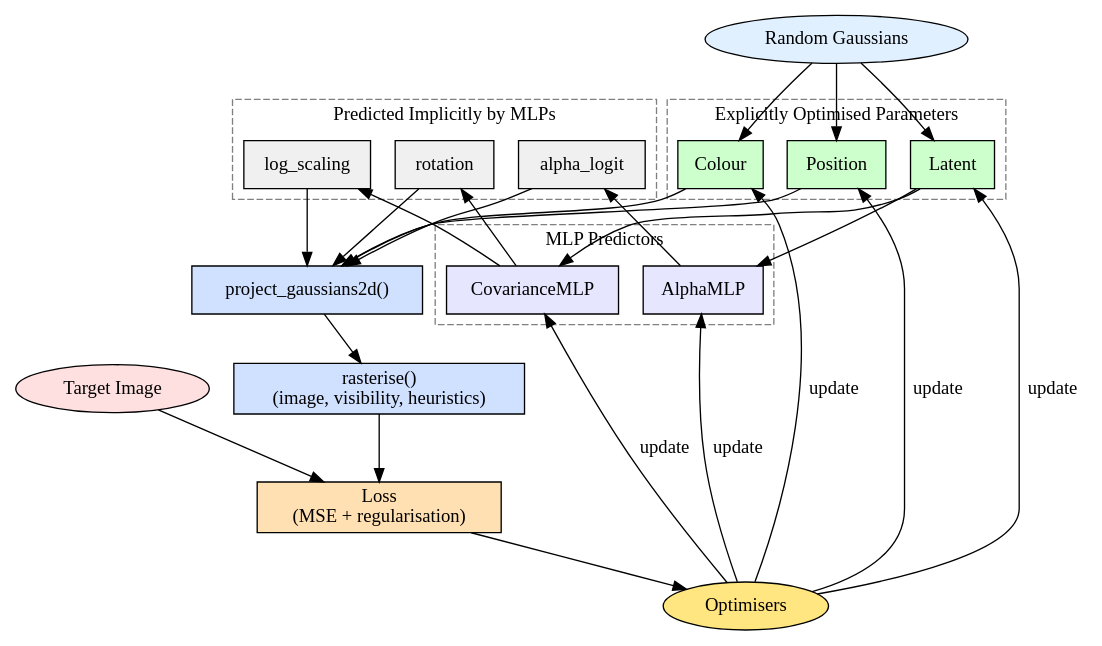
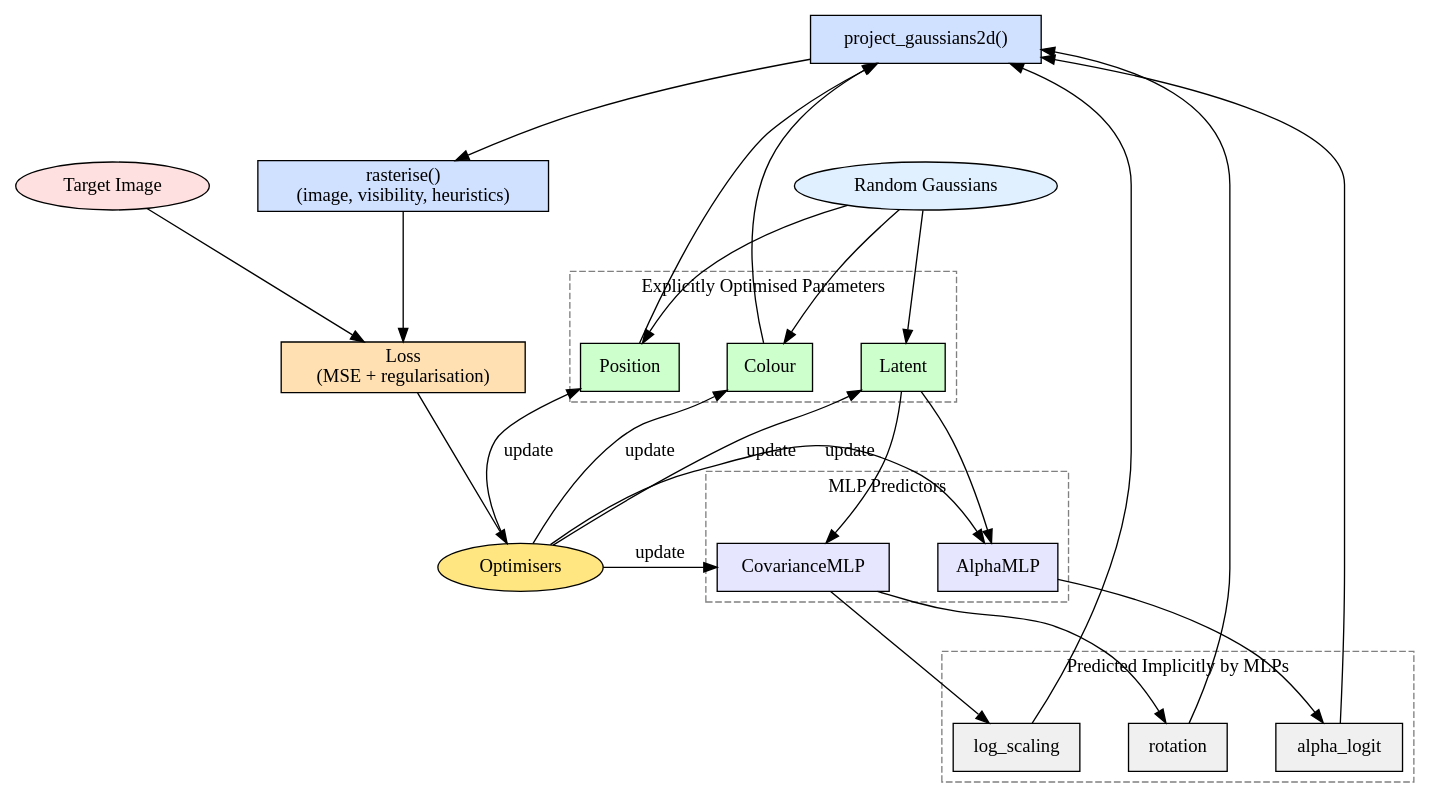
Before and after one commit to uc-vision/taichi-splatting: the diagram in taichi_splatting/examples/Architecture.dot, drawn with Graphviz.

```diff
--- a/taichi_splatting/examples/Architecture.dot
+++ b/taichi_splatting/examples/Architecture.dot
@@ -1,83 +1,91 @@
 digraph GaussianTrainingPipeline {
   rankdir=TB;
+  nodesep=0.5;
+  ranksep=1;
   node [shape=box style=filled fillcolor="#f0f0f0"];
 
   // Inputs
   ref_image [label="Target Image", shape=oval, fillcolor="#ffe0e0"];
   init_gaussians [label="Random Gaussians", shape=oval, fillcolor="#e0f0ff"];
+  
+  subgraph same_rank_inputs {
+  rank=same;
+  ref_image;
+  init_gaussians;
+}
 
   // Cluster: Explicitly Optimised Parameters
   subgraph cluster_optimised {
     label="Explicitly Optimised Parameters";
     style=dashed;
     color=gray;
 
     position [label="Position", fillcolor="#ccffcc"];
     colour [label="Colour", fillcolor="#ccffcc"];
     latent [label="Latent", fillcolor="#ccffcc"];
   }
 
   // Cluster: MLPs
   subgraph cluster_mlps {
     label="MLP Predictors";
     style=dashed;
     color=gray;
 
     covariance_mlp [label="CovarianceMLP", fillcolor="#e6e6ff"];
     alpha_mlp [label="AlphaMLP", fillcolor="#e6e6ff"];
   }
 
   // Cluster: Predicted Implicitly by MLPs
   subgraph cluster_predicted {
     label="Predicted Implicitly by MLPs";
     style=dashed;
     color=gray;
 
     log_scaling [label="log_scaling"];
     rotation [label="rotation"];
     alpha_logit [label="alpha_logit"];
   }
 
   // Projection & Rasterisation
   projection [label="project_gaussians2d()", fillcolor="#d0e0ff"];
   rasteriser [label="rasterise()\n(image, visibility, heuristics)", fillcolor="#d0e0ff"];
 
   // Loss
   loss [label="Loss\n(MSE + regularisation)", fillcolor="#ffe0b2"];
 
   // Optimisers
   optimiser [label="Optimisers", shape=ellipse, fillcolor="#ffe680"];
 
   // Flow
   ref_image -> loss;
   init_gaussians -> position;
   init_gaussians -> colour;
   init_gaussians -> latent;
 
   // Latent to MLPs
   latent -> covariance_mlp;
   latent -> alpha_mlp;
 
   // MLPs to predicted params
   covariance_mlp -> log_scaling;
   covariance_mlp -> rotation;
   alpha_mlp -> alpha_logit;
 
   // All params to projection
   position -> projection;
   log_scaling -> projection;
   rotation -> projection;
   alpha_logit -> projection;
   colour -> projection;
 
   projection -> rasteriser;
   rasteriser -> loss;
 
   // Backpropagation
   loss -> optimiser;
   optimiser -> position [label="update"];
   optimiser -> colour [label="update"];
   optimiser -> latent [label="update"];
   optimiser -> covariance_mlp [label="update"];
   optimiser -> alpha_mlp [label="update"];
 }
```
